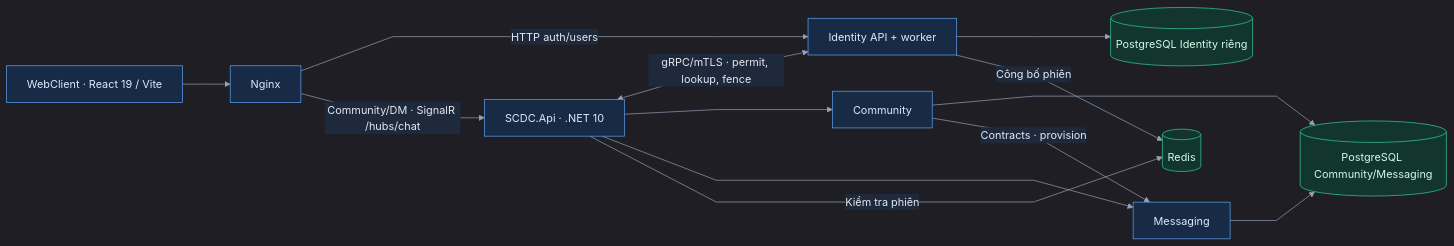
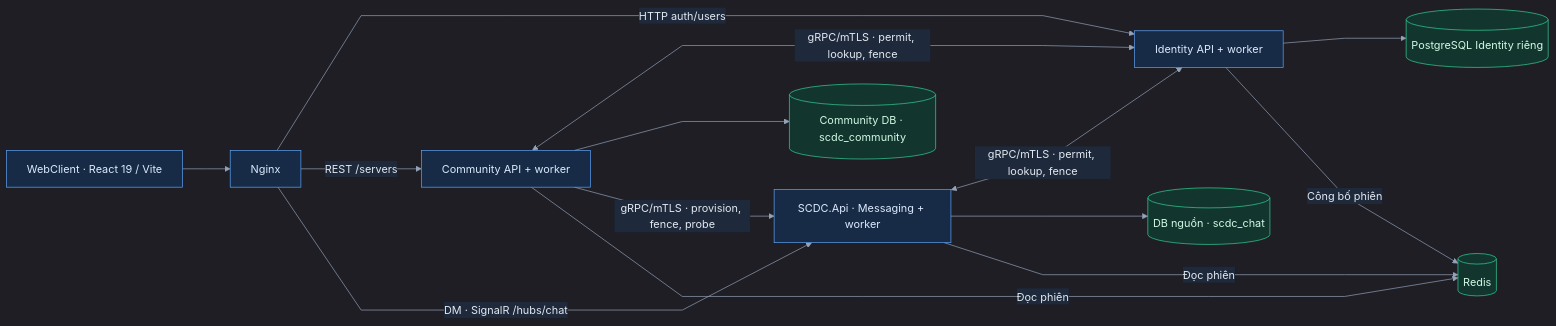
Before and after one commit to Chyeonma/scdc: the first of 3 diagrams in docs/system/architecture.md, drawn with Mermaid. The commit also changed other lines of this file and 90 other files, not shown here.

````diff
--- a/docs/system/architecture.md
+++ b/docs/system/architecture.md
@@ -21,20 +21,21 @@
 ```mermaid
 %%{init: {"flowchart": {"curve": "linear", "nodeSpacing": 45, "rankSpacing": 70}, "theme": "dark", "themeVariables": {"background": "#0f172a", "primaryColor": "#1e293b", "primaryTextColor": "#e2e8f0", "primaryBorderColor": "#64748b", "lineColor": "#94a3b8", "textColor": "#e2e8f0", "edgeLabelBackground": "#1e293b", "clusterBkg": "#141e2e", "clusterBorder": "#475569"}, "themeCSS": "& { background-color: #0f172a; }"}}%%
 flowchart LR
     Web[WebClient · React 19 / Vite] --> Gateway[Nginx]
     Gateway -->|HTTP auth/users| Identity[Identity API + worker]
-    Gateway -->|Community/DM · SignalR /hubs/chat| Api[SCDC.Api · .NET 10]
-    Api <-->|gRPC/mTLS · permit, lookup, fence| Identity
-    Api --> Community[Community]
-    Api --> Messaging[Messaging]
+    Gateway -->|REST /servers| Community[Community API + worker]
+    Gateway -->|DM · SignalR /hubs/chat| Messaging[SCDC.Api · Messaging + worker]
+    Community <-->|gRPC/mTLS · permit, lookup, fence| Identity
+    Messaging <-->|gRPC/mTLS · permit, lookup, fence| Identity
     Identity --> IdentityPg[(PostgreSQL Identity riêng)]
-    Community --> Pg[(PostgreSQL Community/Messaging)]
-    Messaging --> Pg
-    Community -->|Contracts · provision| Messaging
+    Community --> CommunityDb[(Community DB · scdc_community)]
+    Messaging --> MessagingDb[(DB nguồn · scdc_chat)]
+    Community -->|gRPC/mTLS · provision, fence, probe| Messaging
     Identity -->|Công bố phiên| Redis[(Redis)]
-    Api -->|Kiểm tra phiên| Redis
+    Community -->|Đọc phiên| Redis
+    Messaging -->|Đọc phiên| Redis
     classDef app fill:#172b46,stroke:#60a5fa,color:#dbeafe
     classDef data fill:#12352e,stroke:#34d399,color:#d1fae5
-    class Web,Gateway,Api,Identity,Community,Messaging app
-    class Pg,IdentityPg,Redis data
+    class Web,Gateway,Identity,Community,Messaging app
+    class CommunityDb,MessagingDb,IdentityPg,Redis data
 ```
````
